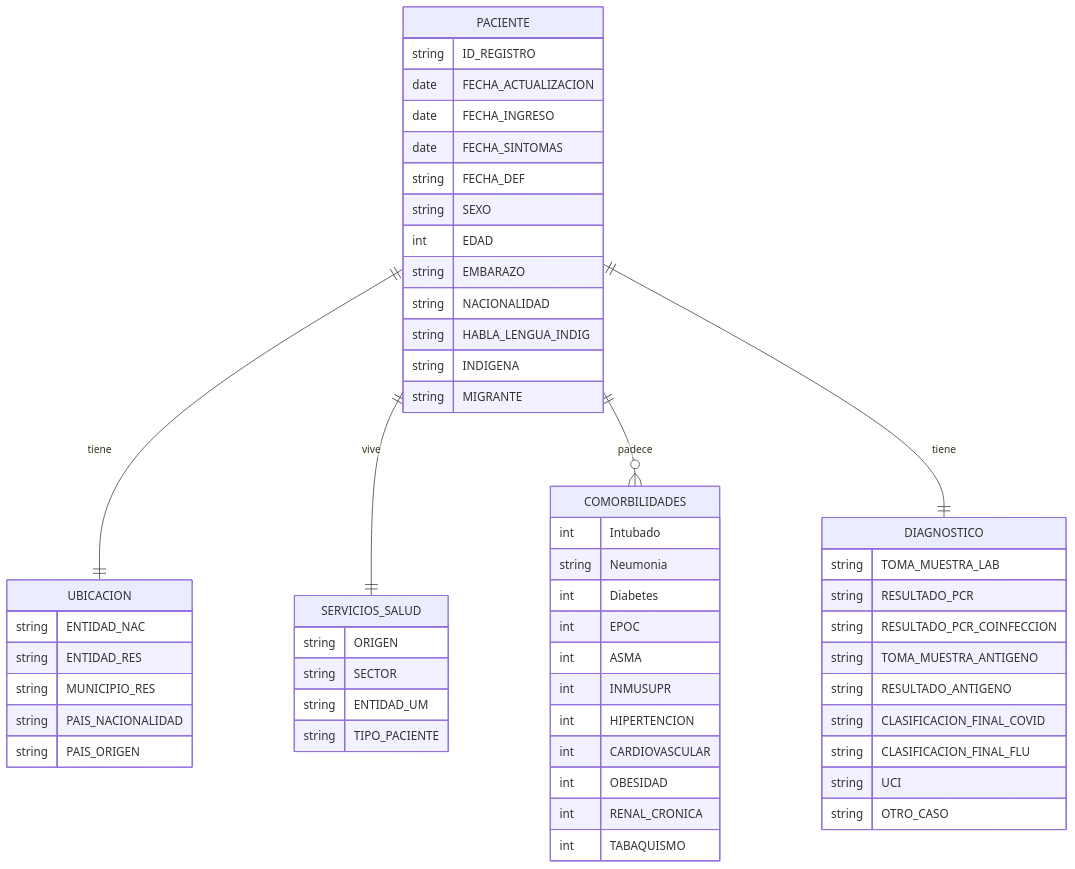
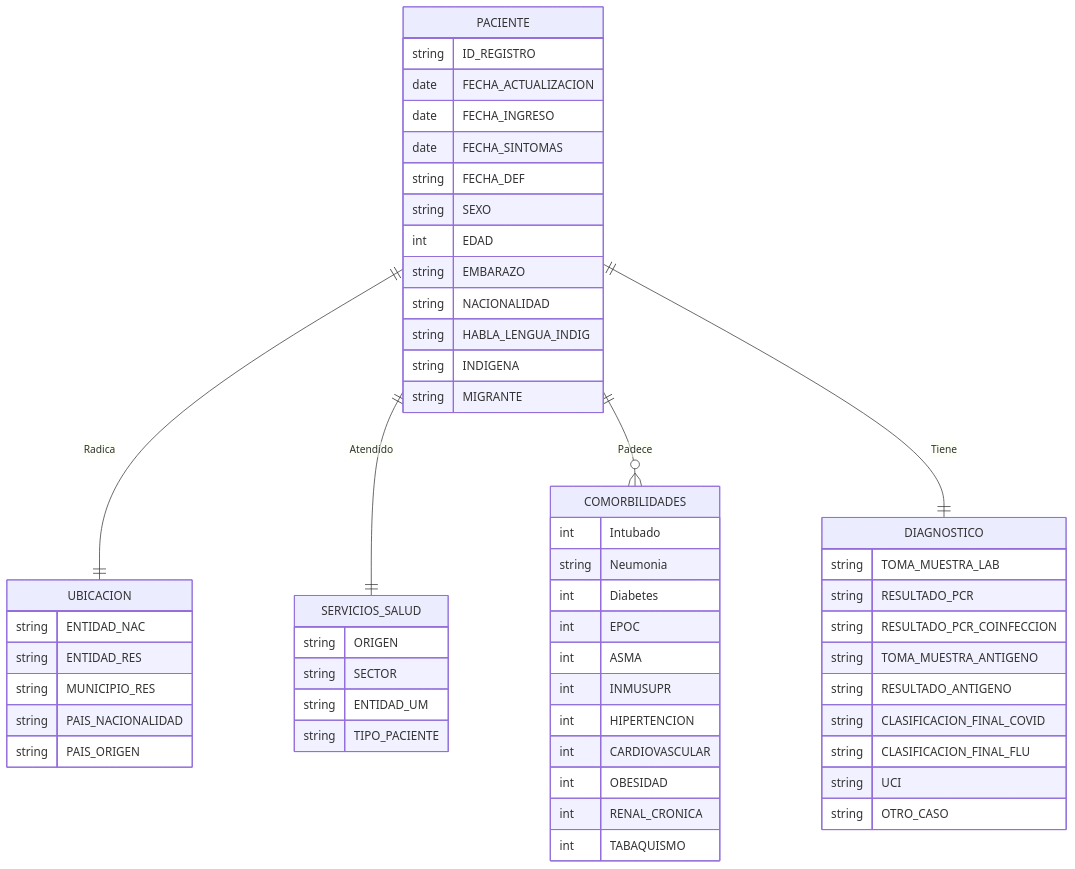
Before and after one commit to Gus-oss/MCD_BDR_2025: the diagram in Tarea2_EntidadRelacion.md, drawn with Mermaid.

Commit message:
Cambios en las relaciones

`````diff
--- a/Tarea2_EntidadRelacion.md
+++ b/Tarea2_EntidadRelacion.md
@@ -10,72 +10,72 @@
 ```mermaid
 erDiagram
-    PACIENTE ||--|| UBICACION : tiene
-    PACIENTE ||-- || SERVICIOS_SALUD: vive
-    PACIENTE ||--o{ COMORBILIDADES : padece  
-    PACIENTE ||-- || DIAGNOSTICO: tiene
+    PACIENTE ||--|| UBICACION : Radica
+    PACIENTE ||-- || SERVICIOS_SALUD: Atendido
+    PACIENTE ||--o{ COMORBILIDADES : Padece 
+    PACIENTE ||-- || DIAGNOSTICO: Tiene
     PACIENTE {
         string ID_REGISTRO
         date FECHA_ACTUALIZACION
         date FECHA_INGRESO 
         date FECHA_SINTOMAS
         string FECHA_DEF
         string SEXO    
         int EDAD
         string EMBARAZO
         string NACIONALIDAD
         string HABLA_LENGUA_INDIG
         string INDIGENA
         string MIGRANTE    
 
     }
 
     UBICACION
     UBICACION {
         string ENTIDAD_NAC
         string ENTIDAD_RES
         string MUNICIPIO_RES
         string PAIS_NACIONALIDAD
         string PAIS_ORIGEN
 
     }
 
     SERVICIOS_SALUD
     SERVICIOS_SALUD {
         string ORIGEN
         string SECTOR
         string ENTIDAD_UM
         string TIPO_PACIENTE
 
 
     }
 
     COMORBILIDADES  
     COMORBILIDADES  {
         int Intubado
         string Neumonia
         int Diabetes
         int EPOC
         int ASMA
         int INMUSUPR
         int HIPERTENCION
         int CARDIOVASCULAR
         int OBESIDAD
         int RENAL_CRONICA
         int TABAQUISMO
     }
 
     DIAGNOSTICO
     DIAGNOSTICO {
         string TOMA_MUESTRA_LAB
         string  RESULTADO_PCR 
         string RESULTADO_PCR_COINFECCION
         string TOMA_MUESTRA_ANTIGENO
         string RESULTADO_ANTIGENO
         string CLASIFICACION_FINAL_COVID
         string CLASIFICACION_FINAL_FLU
         string UCI
         string OTRO_CASO
 
 
     }
 ````
`````
